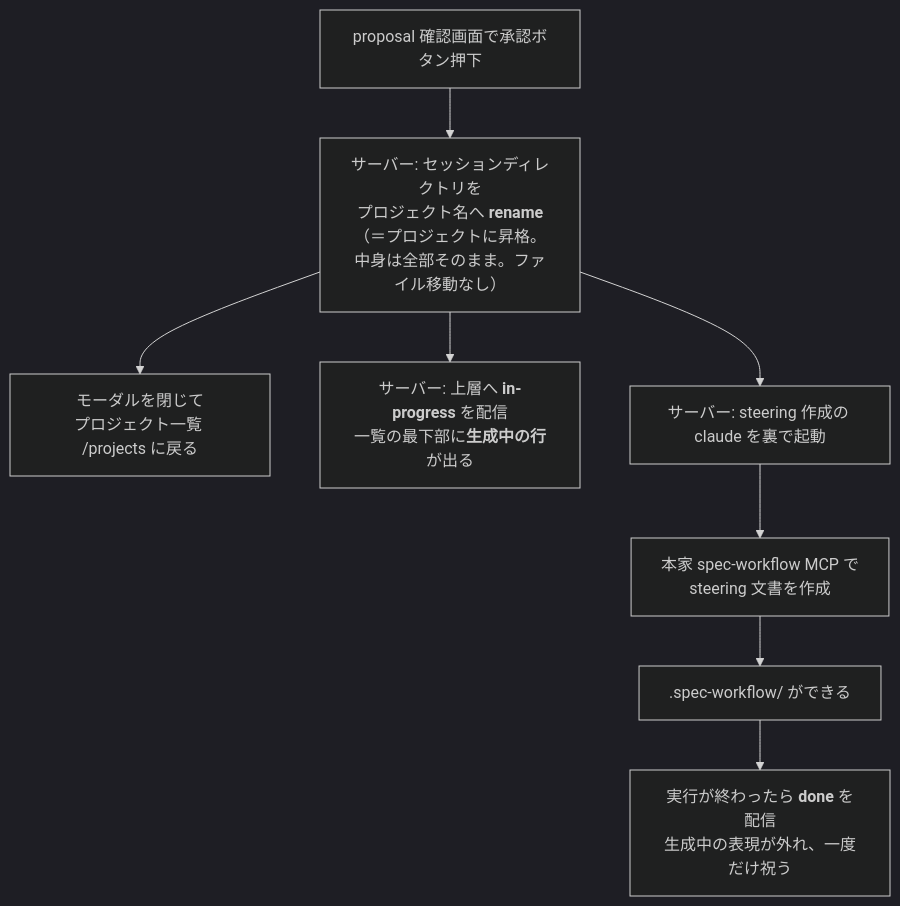
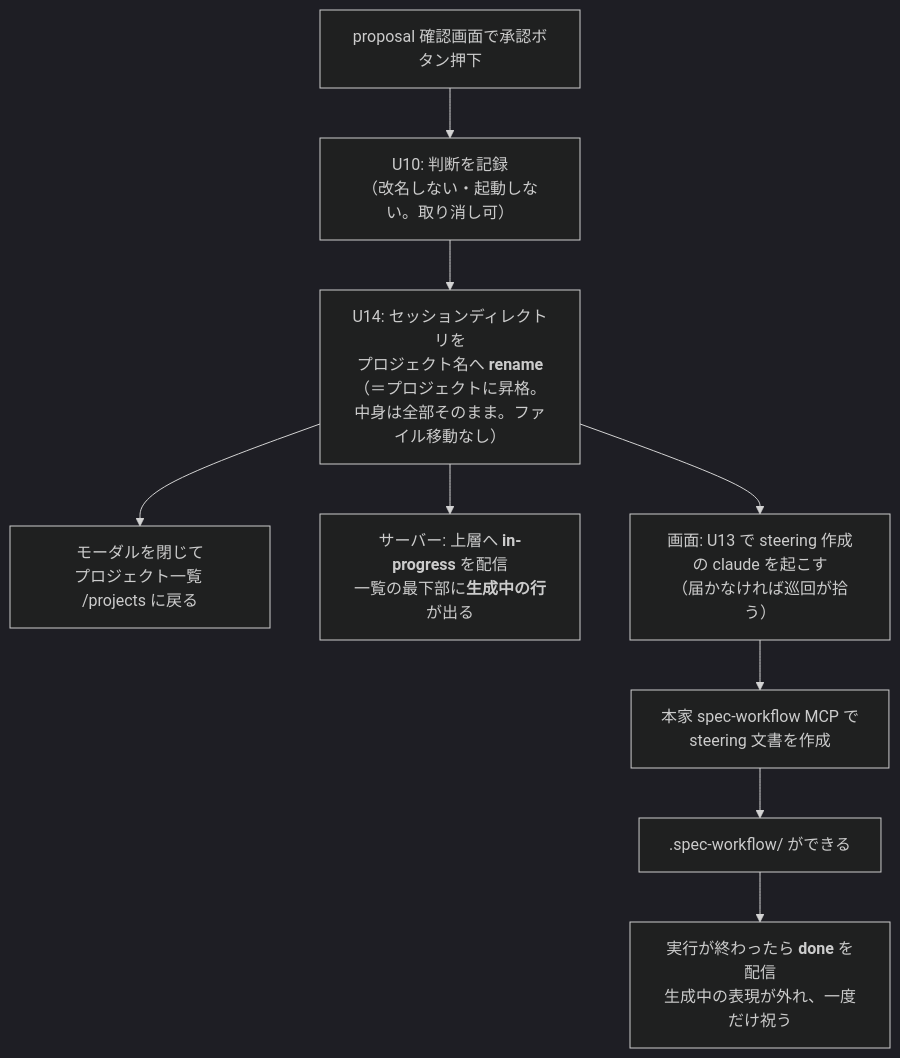
Before and after one commit to grrowapp/stroke: the first of 4 diagrams in docs/specs/plan/portal-stroke-exit.md, drawn with Mermaid (dark theme). The commit also changed other lines of this file and 1 other file, not shown here.

Commit message:
docs: 承認の3段（U10 判断 / U14 昇格 / U13 起動）を契約と出口の資料へ写す
- contract.md: U10 を判断の記録だけに縮め DELETE を併記、U14 promote を追加、U13 の呼び時機と一覧（10本）を更新
- portal-stroke-exit.md: 起動の主体を「昇格の成功を見た画面（U13）／届かなければ巡回」へ。自動で始まること自体は変えない（ADR-0011）

Claude-Session: https://claude.ai/code/session_014pr9jvzyD16enh48UtKvBF

````diff
--- a/docs/specs/plan/portal-stroke-exit.md
+++ b/docs/specs/plan/portal-stroke-exit.md
@@ -11,10 +11,11 @@
 ```mermaid
 flowchart TB
-  approve["proposal 確認画面で承認ボタン押下"] --> ren["サーバー: セッションディレクトリを<br>プロジェクト名へ <b>rename</b>（＝プロジェクトに昇格。<br>中身は全部そのまま。ファイル移動なし）"]
+  approve["proposal 確認画面で承認ボタン押下"] --> decide["U10: 判断を記録<br>（改名しない・起動しない。取り消し可）"]
+  decide --> ren["U14: セッションディレクトリを<br>プロジェクト名へ <b>rename</b>（＝プロジェクトに昇格。<br>中身は全部そのまま。ファイル移動なし）"]
   ren --> back["モーダルを閉じて<br>プロジェクト一覧 /projects に戻る"]
   ren --> show["サーバー: 上層へ <b>in-progress</b> を配信<br>一覧の最下部に<b>生成中の行</b>が出る"]
-  ren --> launch["サーバー: steering 作成の claude を裏で起動"]
+  ren --> launch["画面: U13 で steering 作成の claude を起こす<br>（届かなければ巡回が拾う）"]
   launch --> steering["本家 spec-workflow MCP で<br>steering 文書を作成"]
   steering --> appear[".spec-workflow/ ができる"]
   appear --> done["実行が終わったら <b>done</b> を配信<br>生成中の表現が外れ、一度だけ祝う"]
 ```
````
